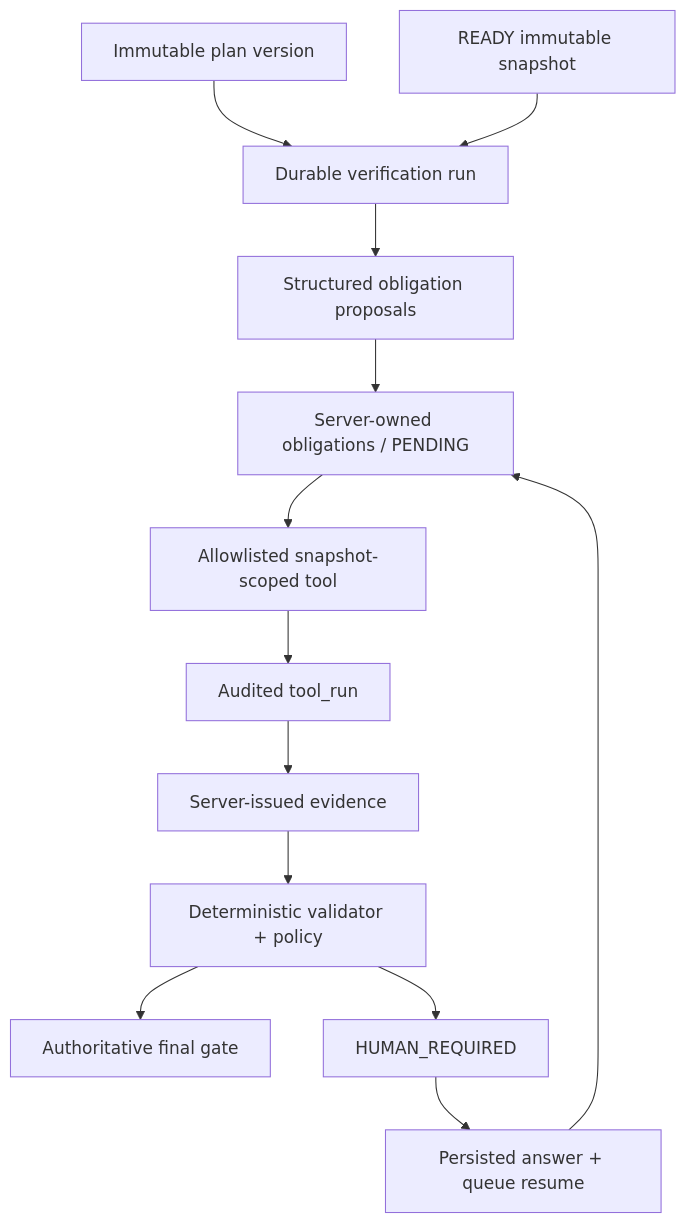
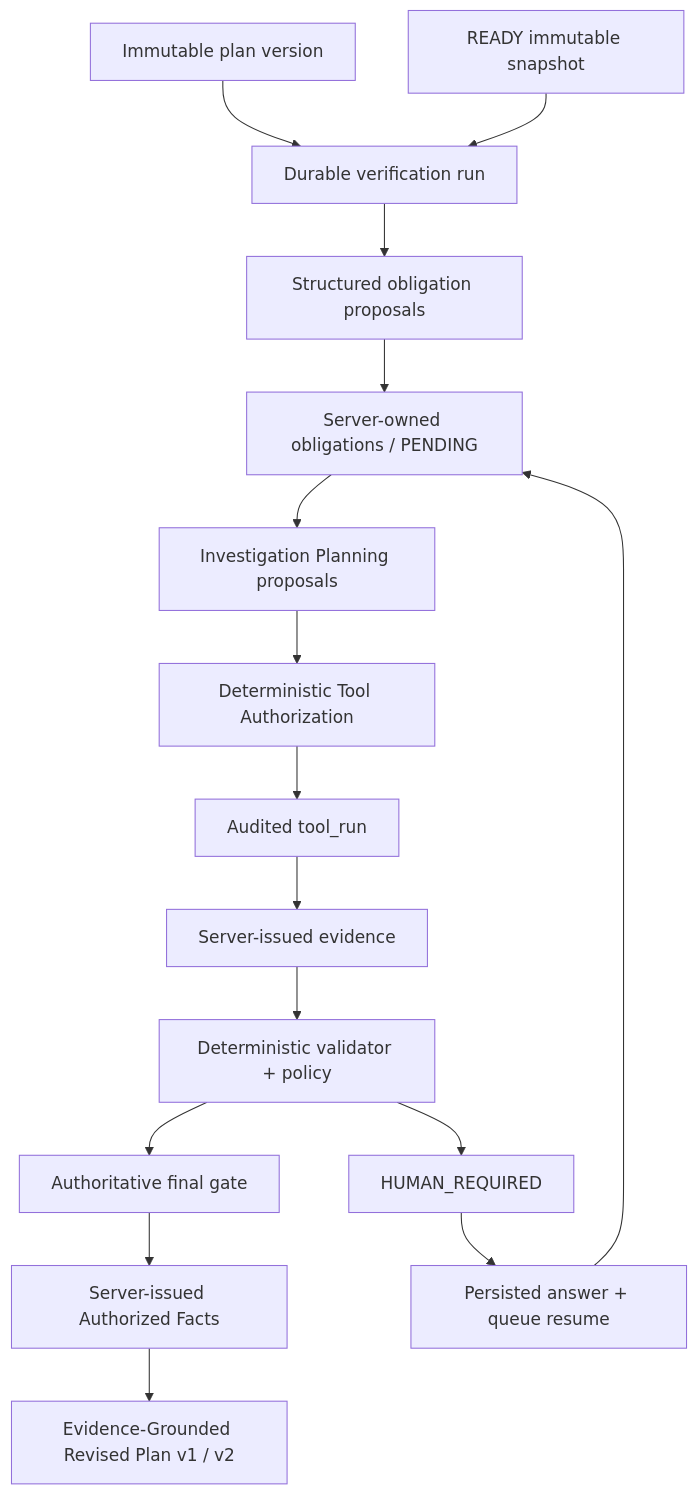
The diagram in docs/ARCHITECTURE.md (NikhilRaikwar/PlanProof), drawn with Mermaid before and after one commit. The commit also changed other lines of this file and 18 other files, not shown here.

Commit message:
feat: complete evidence-grounded planning engine with updated plan synthesis

````diff
--- a/docs/ARCHITECTURE.md
+++ b/docs/ARCHITECTURE.md
@@ -5,15 +5,18 @@
 ```mermaid
 flowchart TD
   Plan[Immutable plan version] --> Run[Durable verification run]
   Snapshot[READY immutable snapshot] --> Run
   Run --> Extract[Structured obligation proposals]
   Extract --> Policy[Server-owned obligations / PENDING]
-  Policy --> Tool[Allowlisted snapshot-scoped tool]
-  Tool --> ToolRun[Audited tool_run]
+  Policy --> Investigate[Investigation Planning proposals]
+  Investigate --> AuthTool[Deterministic Tool Authorization]
+  AuthTool --> ToolRun[Audited tool_run]
   ToolRun --> Evidence[Server-issued evidence]
   Evidence --> Validator[Deterministic validator + policy]
   Validator --> Gate[Authoritative final gate]
+  Gate --> Facts[Server-issued Authorized Facts]
+  Facts --> RevisedPlan[Evidence-Grounded Revised Plan v1 / v2]
   Validator --> Human[HUMAN_REQUIRED]
   Human --> Resume[Persisted answer + queue resume]
   Resume --> Policy
 ```
````
